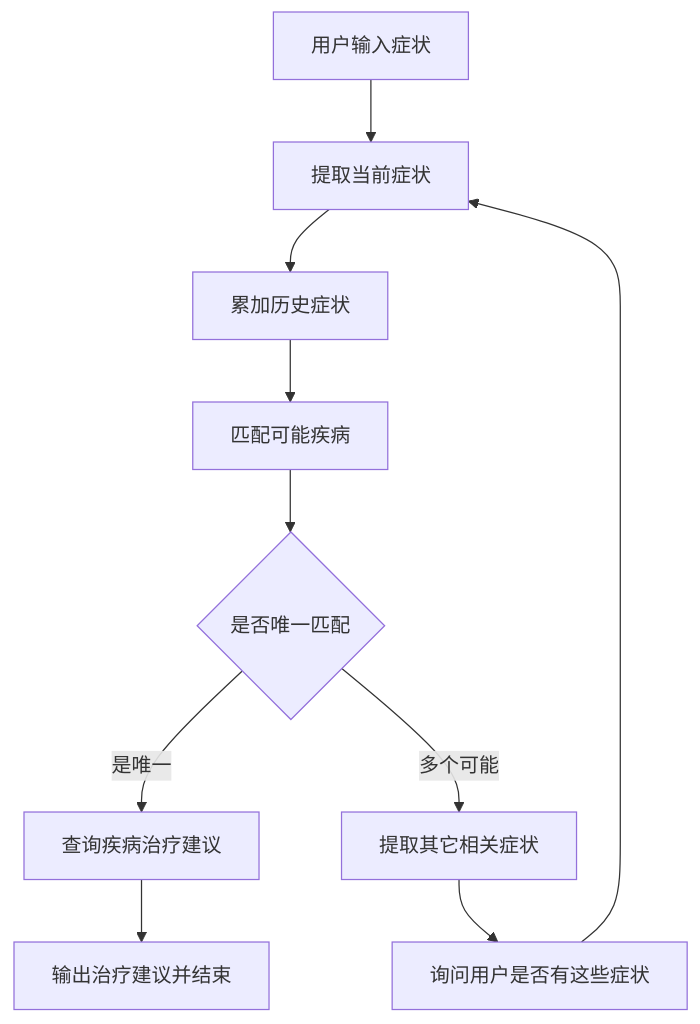
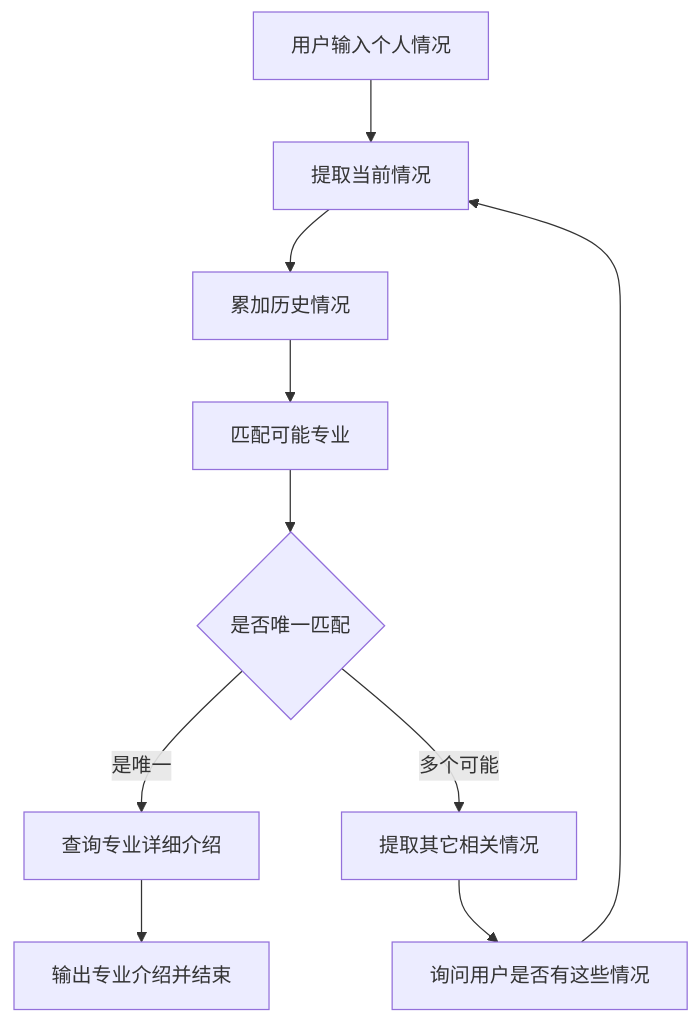
The diagram in backend/education/README.md (johnson7788/DecisionAgent), drawn with Mermaid before and after one commit. The commit also changed other lines of this file and 4 other files, not shown here.

````diff
--- a/backend/education/README.md
+++ b/backend/education/README.md
@@ -17,16 +17,16 @@
 ```mermaid
 flowchart TD
-    A[用户输入症状] --> B[提取当前症状]
-    B --> C[累加历史症状]
-    C --> D[匹配可能疾病]
+    A[用户输入个人情况] --> B[提取当前情况]
+    B --> C[累加历史情况]
+    C --> D[匹配可能专业]
 
     D --> E{是否唯一匹配}
     
-    E -- 是唯一 --> F[查询疾病治疗建议]
+    E -- 是唯一 --> F[查询专业详细介绍]
     
-    E -- 多个可能 --> G[提取其它相关症状]
-    G --> H[询问用户是否有这些症状]
+    E -- 多个可能 --> G[提取其它相关情况]
+    G --> H[询问用户是否有这些情况]
     H --> B
 
-    F --> I[输出治疗建议并结束]
+    F --> I[输出专业介绍并结束]
 ```
````
